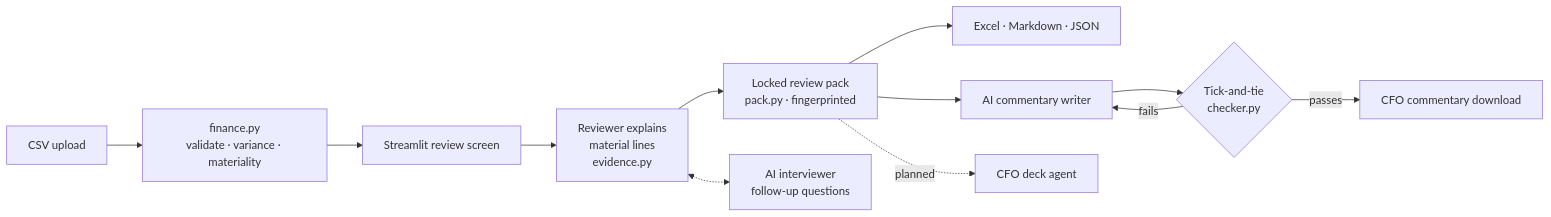
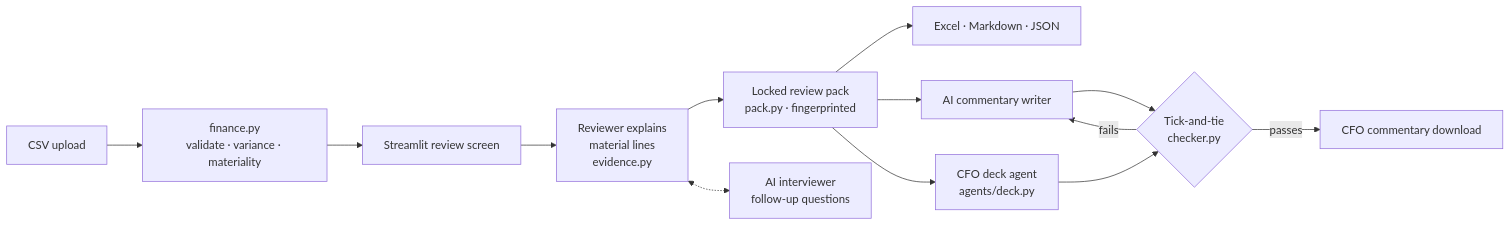
Before and after one commit to Sai-Fin-AI/ticktie-fpa: the diagram in README.md, drawn with Mermaid. The commit also changed other lines of this file and 10 other files, not shown here.

Commit message:
Phase 4: CFO PowerPoint deck agent in parallel with commentary; figure-to-entity binding check

````diff
--- a/README.md
+++ b/README.md
@@ -51,14 +52,15 @@
 ```mermaid
 flowchart LR
     A[CSV upload] --> B[finance.py<br/>validate · variance · materiality]
     B --> C[Streamlit review screen]
     C --> D[Reviewer explains<br/>material lines<br/>evidence.py]
     D --> E[Locked review pack<br/>pack.py · fingerprinted]
     D <-.-> I[AI interviewer<br/>follow-up questions]
     E --> X[Excel · Markdown · JSON]
     E --> F[AI commentary writer]
     F --> K{Tick-and-tie<br/>checker.py}
     K -- passes --> O[CFO commentary download]
     K -- fails --> F
-    E -. planned .-> G[CFO deck agent]
+    E --> G[CFO deck agent<br/>agents/deck.py]
+    G --> K
 ```
````
